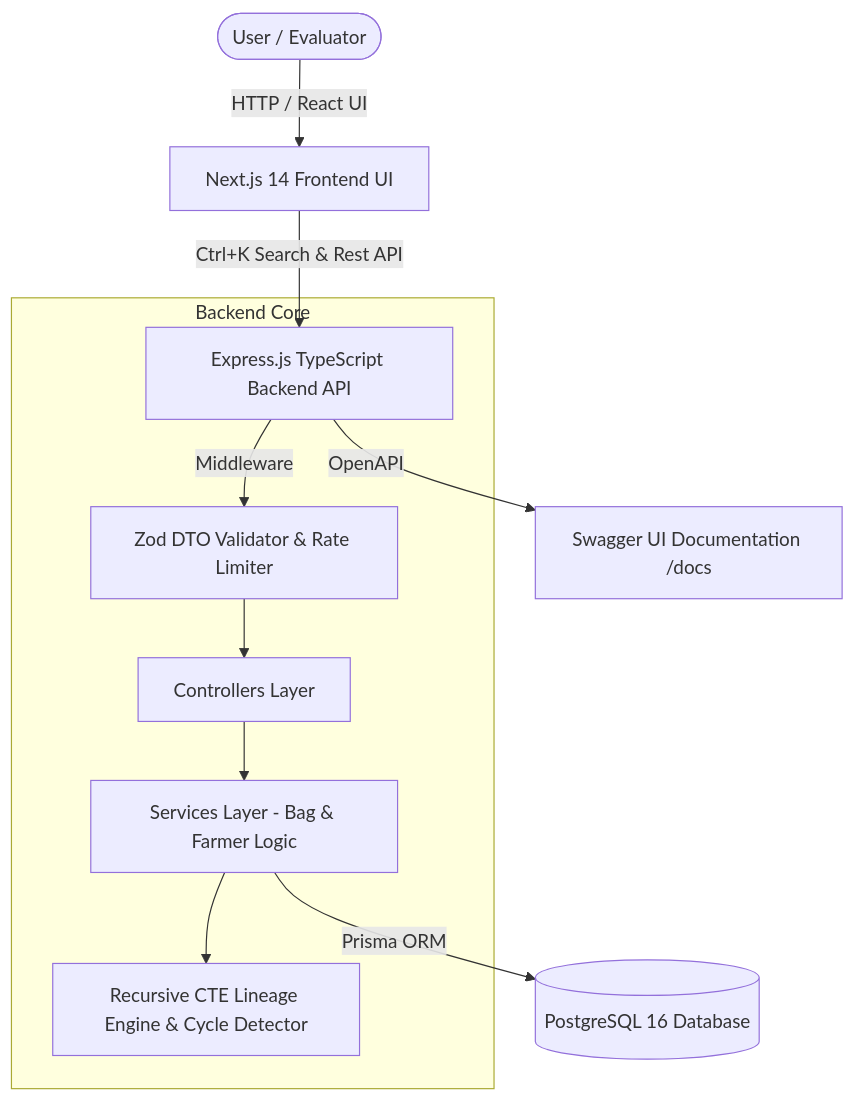
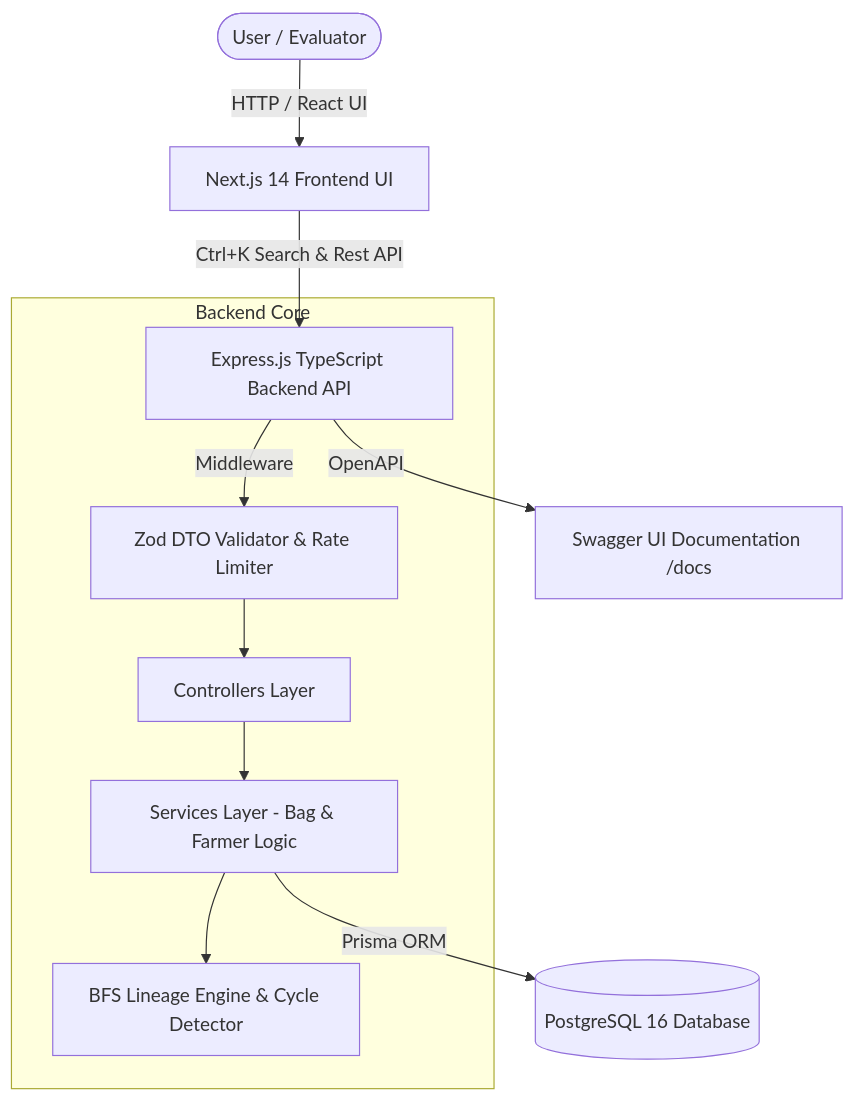
Before and after one commit to chrishema36/coffe-tracing-system: the first of 3 diagrams in README.md, drawn with Mermaid. The commit also changed other lines of this file and 17 other files, not shown here.

Commit message:
fix: align cycle detection and UI copy with lineage engine

````diff
--- a/README.md
+++ b/README.md
@@ -45,15 +44,15 @@
 ```mermaid
 graph TD
     User([User / Evaluator]) -->|HTTP / React UI| NextClient[Next.js 14 Frontend UI]
     NextClient -->|Ctrl+K Search & Rest API| ExpressApp[Express.js TypeScript Backend API]
     
     subgraph Backend Core
         ExpressApp -->|Middleware| ZodVal[Zod DTO Validator & Rate Limiter]
         ZodVal --> Controller[Controllers Layer]
         Controller --> Services[Services Layer - Bag & Farmer Logic]
-        Services --> CTE[Recursive CTE Lineage Engine & Cycle Detector]
+        Services --> Trace[BFS Lineage Engine & Cycle Detector]
     end
     
     Services -->|Prisma ORM| PostgresDB[(PostgreSQL 16 Database)]
     ExpressApp -->|OpenAPI| SwaggerDocs[Swagger UI Documentation /docs]
 ```
````
